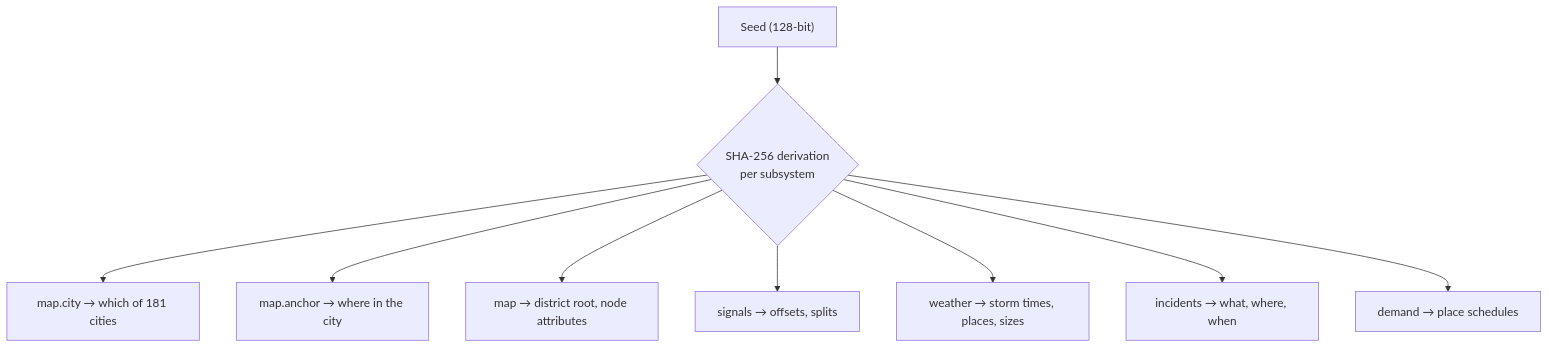
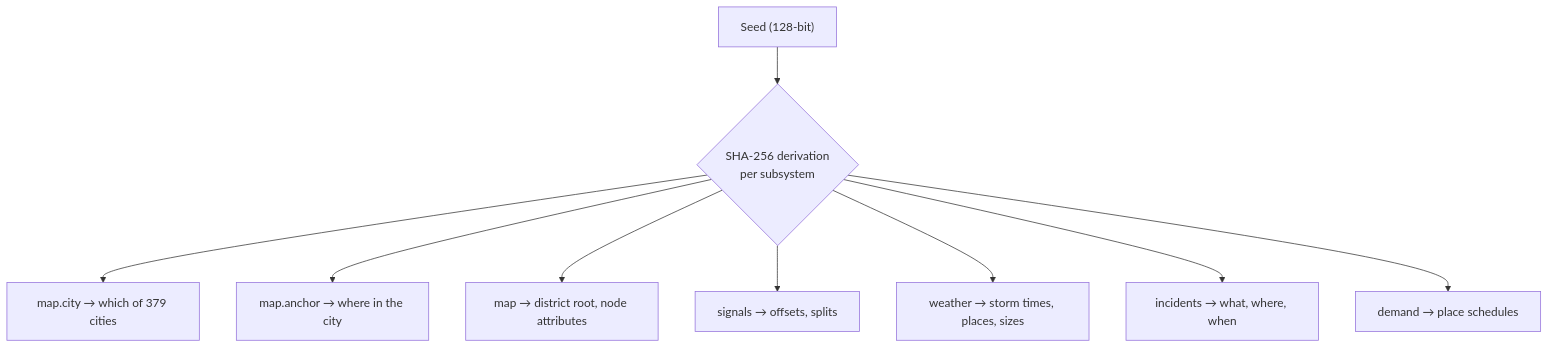
Before and after one commit to varunkarthic/DSTNS: the diagram in docs/guide/seeds-and-places.md, drawn with Mermaid. The commit also changed other lines of this file and 35 other files, not shown here.

````diff
--- a/docs/guide/seeds-and-places.md
+++ b/docs/guide/seeds-and-places.md
@@ -29,11 +29,11 @@
 ```mermaid
 flowchart TD
     S["Seed (128-bit)"] --> H{"SHA-256 derivation<br/>per subsystem"}
-    H --> C["map.city → which of 181 cities"]
+    H --> C["map.city → which of 379 cities"]
     H --> A["map.anchor → where in the city"]
     H --> M["map → district root, node attributes"]
     H --> SIG["signals → offsets, splits"]
     H --> W["weather → storm times, places, sizes"]
     H --> I["incidents → what, where, when"]
     H --> D["demand → place schedules"]
 ```
````
